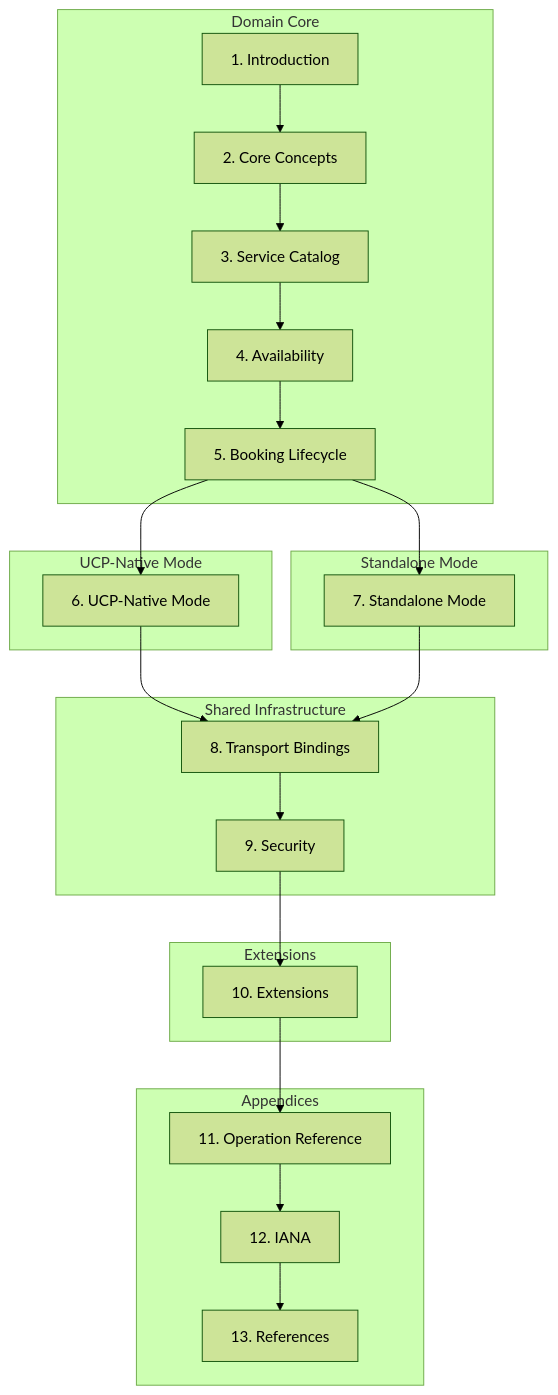
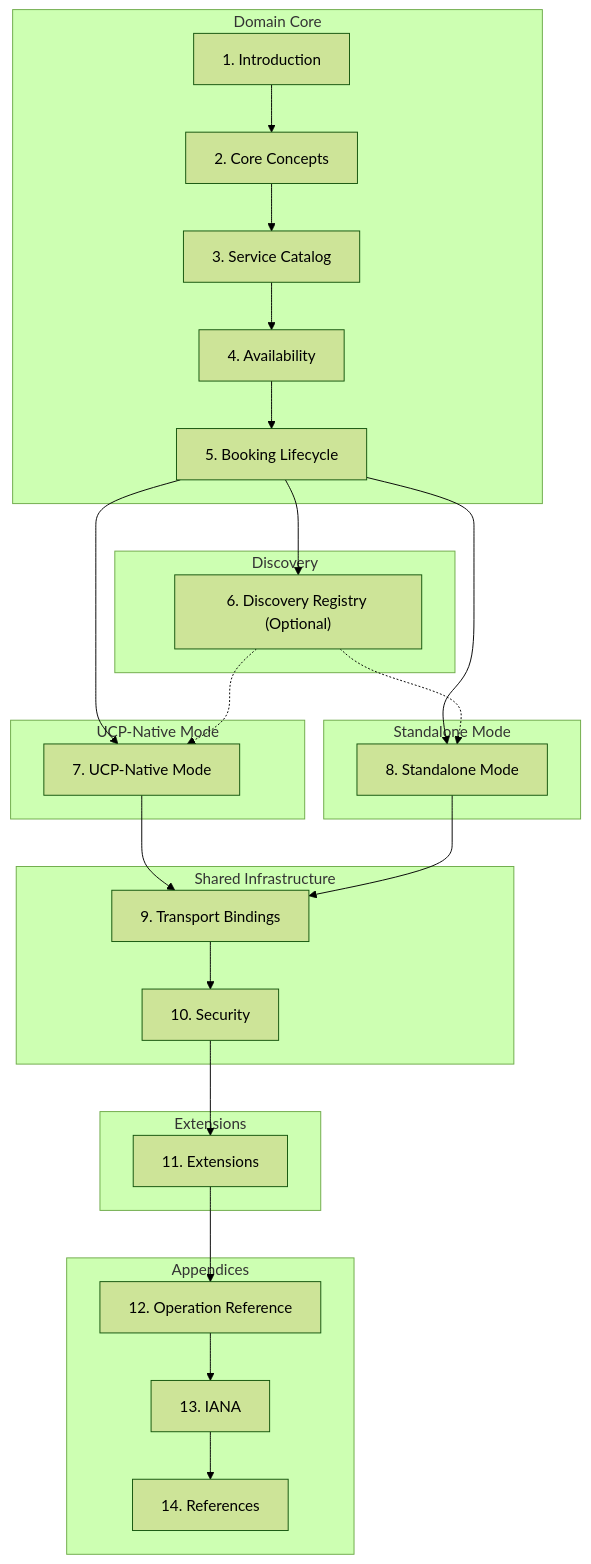
Before and after one commit to wix/universal-scheduling-protocol: the first of 9 diagrams in specification.md, drawn with Mermaid (forest theme). The commit also changed other lines of this file and 3 other files, not shown here.

````diff
--- a/specification.md
+++ b/specification.md
@@ -250,39 +332,46 @@
 ```mermaid
 graph TD
     subgraph domainCore [Domain Core]
         S1["1. Introduction"] --> S2["2. Core Concepts"]
         S2 --> S3["3. Service Catalog"]
         S3 --> S4["4. Availability"]
         S4 --> S5["5. Booking Lifecycle"]
     end
 
+    subgraph discovery [Discovery]
+        S6["6. Discovery Registry (Optional)"]
+    end
+
     subgraph ucpPath [UCP-Native Mode]
-        S6["6. UCP-Native Mode"]
+        S7["7. UCP-Native Mode"]
     end
 
     subgraph standalonePath [Standalone Mode]
-        S7["7. Standalone Mode"]
+        S8["8. Standalone Mode"]
     end
 
     subgraph shared [Shared Infrastructure]
-        S8["8. Transport Bindings"]
-        S8 --> S9["9. Security"]
+        S9["9. Transport Bindings"]
+        S9 --> S10["10. Security"]
     end
 
     subgraph extensions [Extensions]
-        S10["10. Extensions"]
+        S11["11. Extensions"]
     end
 
     subgraph appendices [Appendices]
-        S11["11. Operation Reference"]
-        S11 --> S12["12. IANA"]
-        S12 --> S13["13. References"]
+        S12["12. Operation Reference"]
+        S12 --> S13["13. IANA"]
+        S13 --> S14["14. References"]
     end
 
     S5 --> S6
     S5 --> S7
-    S6 --> S8
-    S7 --> S8
-    S9 --> S10
+    S5 --> S8
+    S6 -.-> S7
+    S6 -.-> S8
+    S7 --> S9
+    S8 --> S9
     S10 --> S11
+    S11 --> S12
 ```
````
